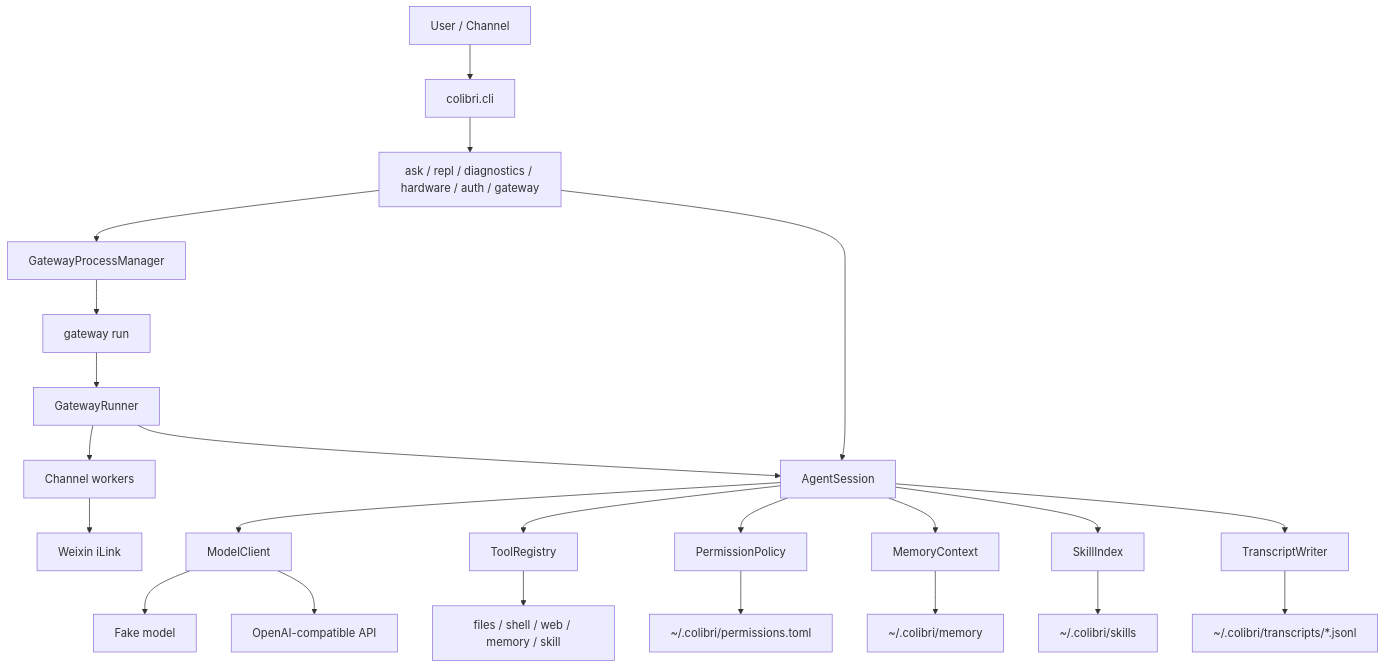
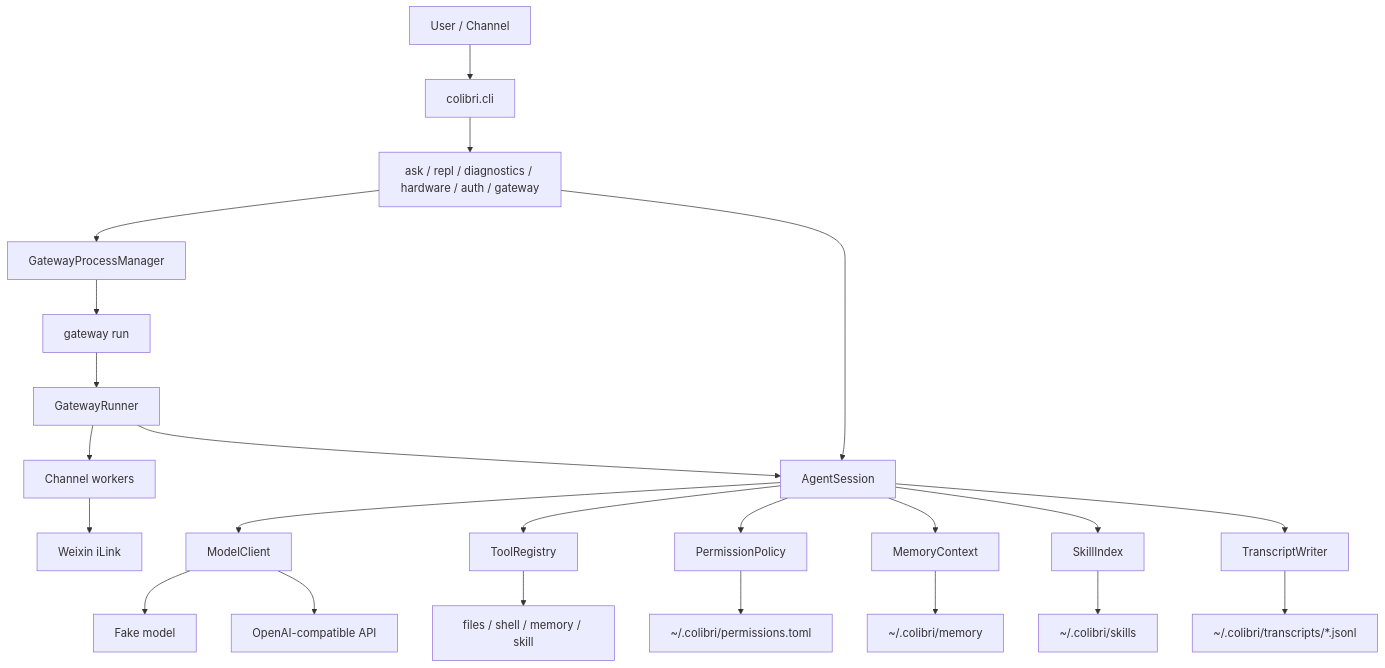
One commit to yunbudong11114/colibri changed the diagram in README.md. Above: the diagram before and after it, drawn with Mermaid. The commit also changed other lines of this file and 79 other files, not shown here.

````diff
--- a/README.md
+++ b/README.md
@@ -25,25 +25,25 @@
 ```mermaid
 flowchart TD
     User["User / Channel"] --> CLI["colibri.cli"]
     CLI --> Commands["ask / repl / diagnostics / hardware / auth / gateway"]
     Commands --> Session["AgentSession"]
     Commands --> GatewayProc["GatewayProcessManager"]
     GatewayProc --> GatewayRun["gateway run"]
     GatewayRun --> Gateway["GatewayRunner"]
     Gateway --> Channels["Channel workers"]
     Channels --> Weixin["Weixin iLink"]
     Gateway --> Session
     Session --> Model["ModelClient"]
     Model --> Fake["Fake model"]
     Model --> OpenAI["OpenAI-compatible API"]
     Session --> Registry["ToolRegistry"]
-    Registry --> Tools["files / shell / web / memory / skill"]
+    Registry --> Tools["files / shell / memory / skill"]
     Session --> Permissions["PermissionPolicy"]
     Permissions --> UserPerms["~/.colibri/permissions.toml"]
     Session --> Memory["MemoryContext"]
     Memory --> MemoryFiles["~/.colibri/memory"]
     Session --> Skills["SkillIndex"]
     Skills --> SkillFiles["~/.colibri/skills"]
     Session --> Transcript["TranscriptWriter"]
     Transcript --> TranscriptFiles["~/.colibri/transcripts/*.jsonl"]
 ```
````
